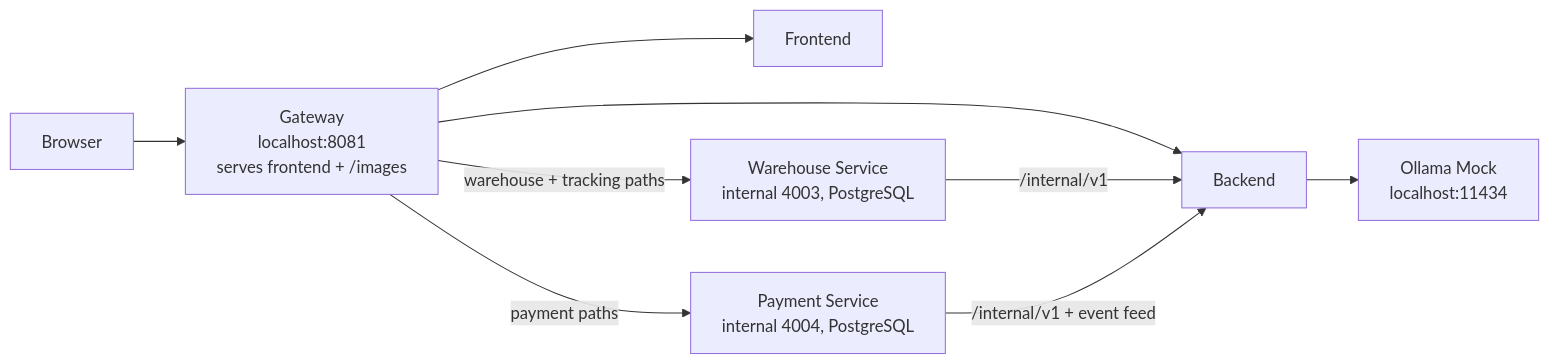
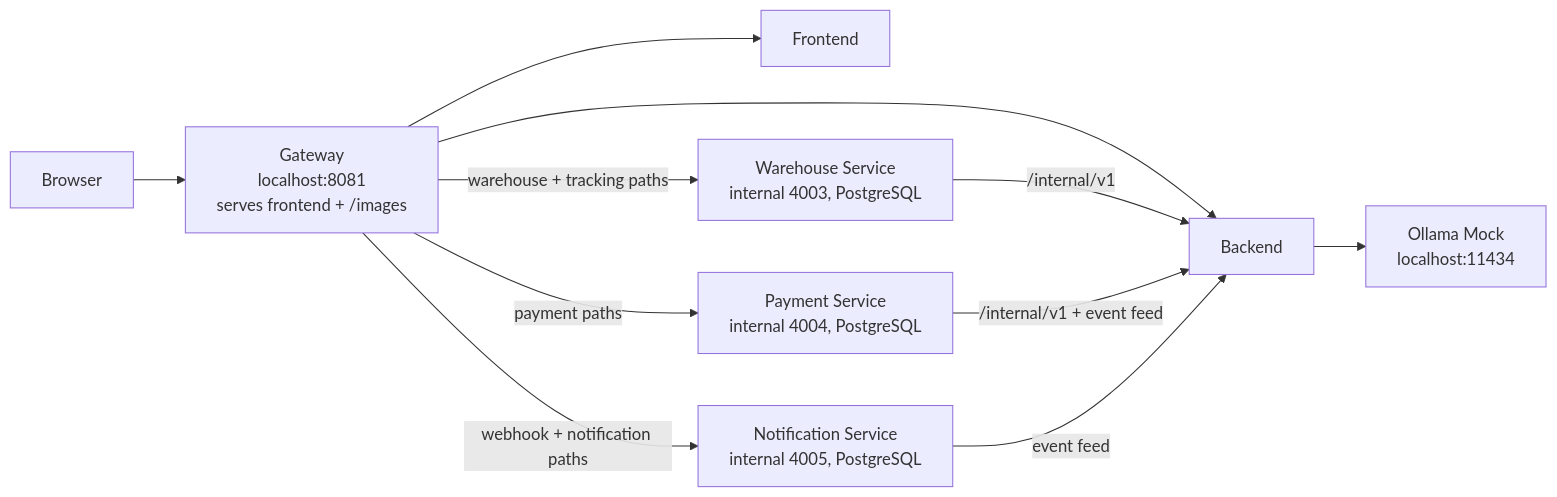
One commit to slawekradzyminski/awesome-localstack changed the first of 3 diagrams in README.md. Above: the diagram before and after it, drawn with Mermaid. The commit also changed other lines of this file and 32 other files, not shown here.

First line of the commit message:
Document notification-service, reservations and split shipments

````diff
--- a/README.md
+++ b/README.md
@@ -84,19 +95,22 @@
 ```mermaid
 flowchart LR
     U[Browser]
     G[Gateway<br/>localhost:8081<br/>serves frontend + /images]
     F[Frontend]
     B[Backend]
     W[Warehouse Service<br/>internal 4003, PostgreSQL]
     PS[Payment Service<br/>internal 4004, PostgreSQL]
+    NS[Notification Service<br/>internal 4005, PostgreSQL]
     O[Ollama Mock<br/>localhost:11434]
 
     U --> G
     G --> F
     G --> B
     G -->|warehouse + tracking paths| W
     G -->|payment paths| PS
+    G -->|webhook + notification paths| NS
     W -->|/internal/v1| B
     PS -->|/internal/v1 + event feed| B
+    NS -->|event feed| B
     B --> O
 ```
````
